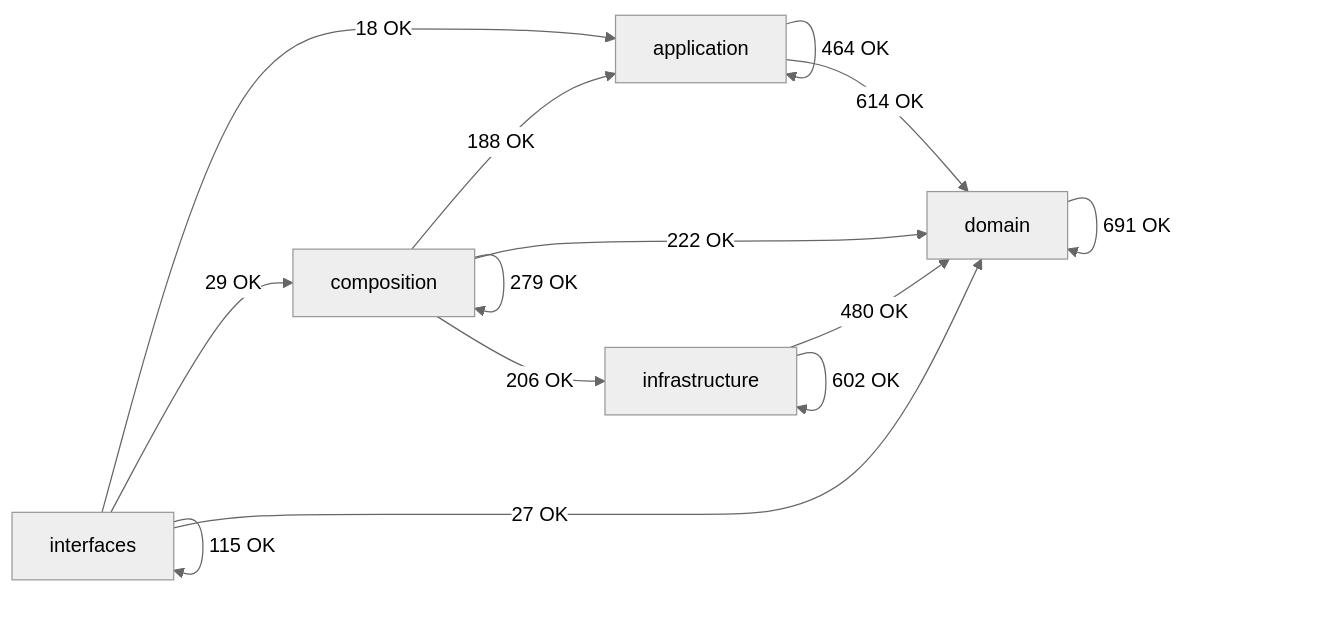
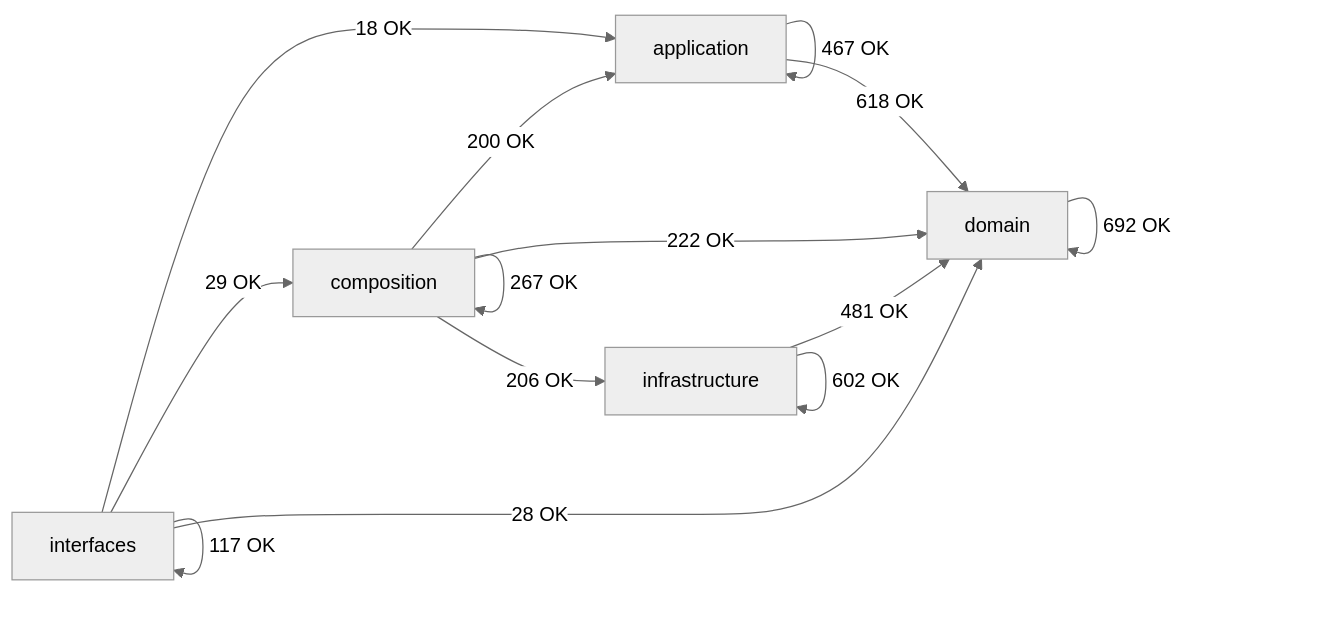
The diagram in docs/02-architecture/generated/module-dependency-map.md (SatoryKono/BioactivityDataAcquisition), drawn with Mermaid (neutral theme) before and after one commit. The commit also changed other lines of this file and 54 other files, not shown here.

````diff
--- a/docs/02-architecture/generated/module-dependency-map.md
+++ b/docs/02-architecture/generated/module-dependency-map.md
@@ -16,21 +16,21 @@
 ```mermaid
 flowchart LR
     domain[domain]
     application[application]
     infrastructure[infrastructure]
     composition[composition]
     interfaces[interfaces]
-    application -->|464 OK| application
-    application -->|614 OK| domain
-    composition -->|188 OK| application
-    composition -->|279 OK| composition
+    application -->|467 OK| application
+    application -->|618 OK| domain
+    composition -->|200 OK| application
+    composition -->|267 OK| composition
     composition -->|222 OK| domain
     composition -->|206 OK| infrastructure
-    domain -->|691 OK| domain
-    infrastructure -->|480 OK| domain
+    domain -->|692 OK| domain
+    infrastructure -->|481 OK| domain
     infrastructure -->|602 OK| infrastructure
     interfaces -->|18 OK| application
     interfaces -->|29 OK| composition
-    interfaces -->|27 OK| domain
-    interfaces -->|115 OK| interfaces
+    interfaces -->|28 OK| domain
+    interfaces -->|117 OK| interfaces
 ```
````
